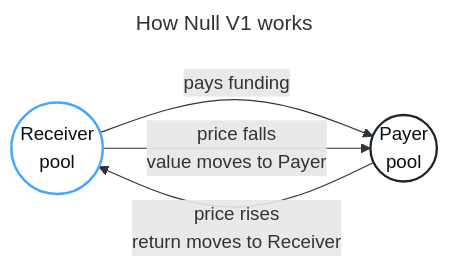
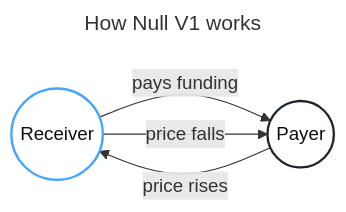
One commit to Null-Solutions/v1-docs changed the diagram in diagrams/protocol-overview.mmd. Above: the diagram before and after it, drawn with Mermaid. The commit also changed 12 other files, not shown here.

Commit message:
Fix docs diagram text rendering

```diff
--- a/diagrams/protocol-overview.mmd
+++ b/diagrams/protocol-overview.mmd
@@ -1,15 +1,15 @@
 ---
 title: How Null V1 works
 ---
 flowchart LR
-  receiver(("Receiver<br/>pool"))
-  payer(("Payer<br/>pool"))
+  receiver(("Receiver"))
+  payer(("Payer"))
 
   receiver -- "pays funding" --> payer
-  payer -- "price rises<br/>return moves to Receiver" --> receiver
-  receiver -- "price falls<br/>value moves to Payer" --> payer
+  payer -- "price rises" --> receiver
+  receiver -- "price falls" --> payer
 
   classDef receiver fill:#FFFFFF,color:#0B0E15,stroke:#45A5FF,stroke-width:2px;
   classDef payer fill:#FFFFFF,color:#0B0E15,stroke:#1B252D,stroke-width:2px;
   class receiver receiver;
   class payer payer;
```
